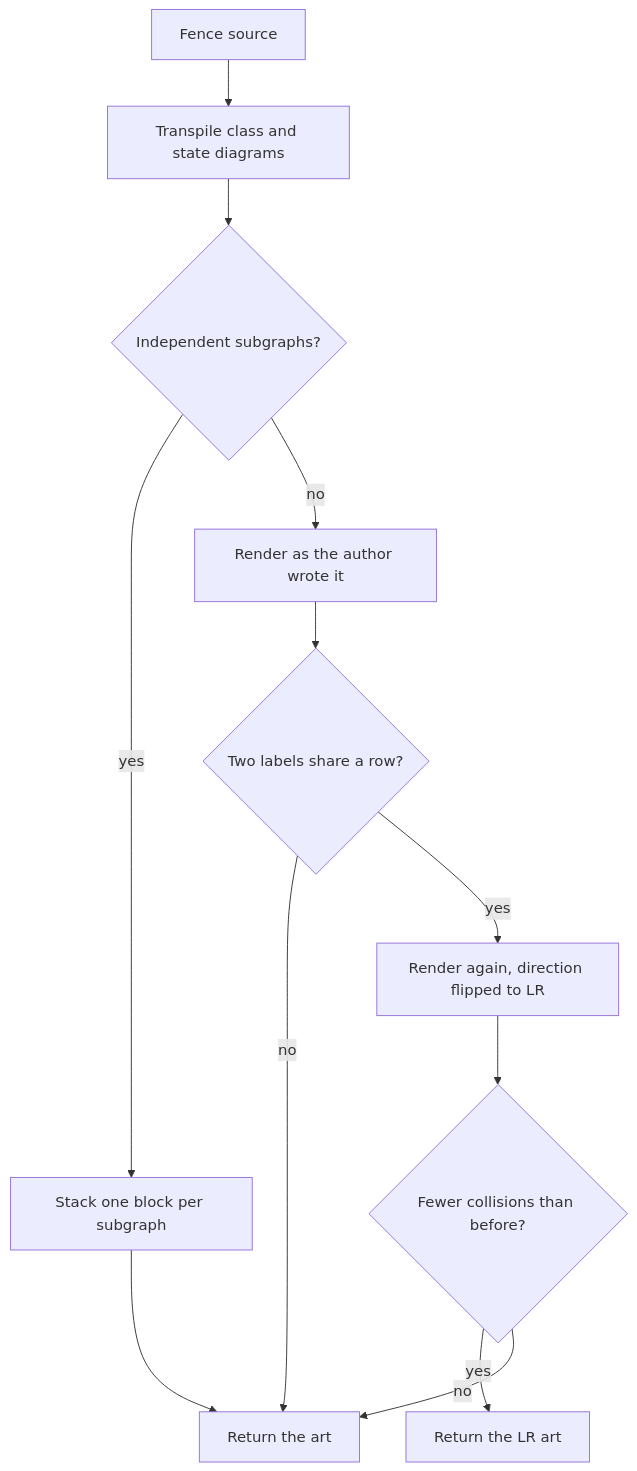
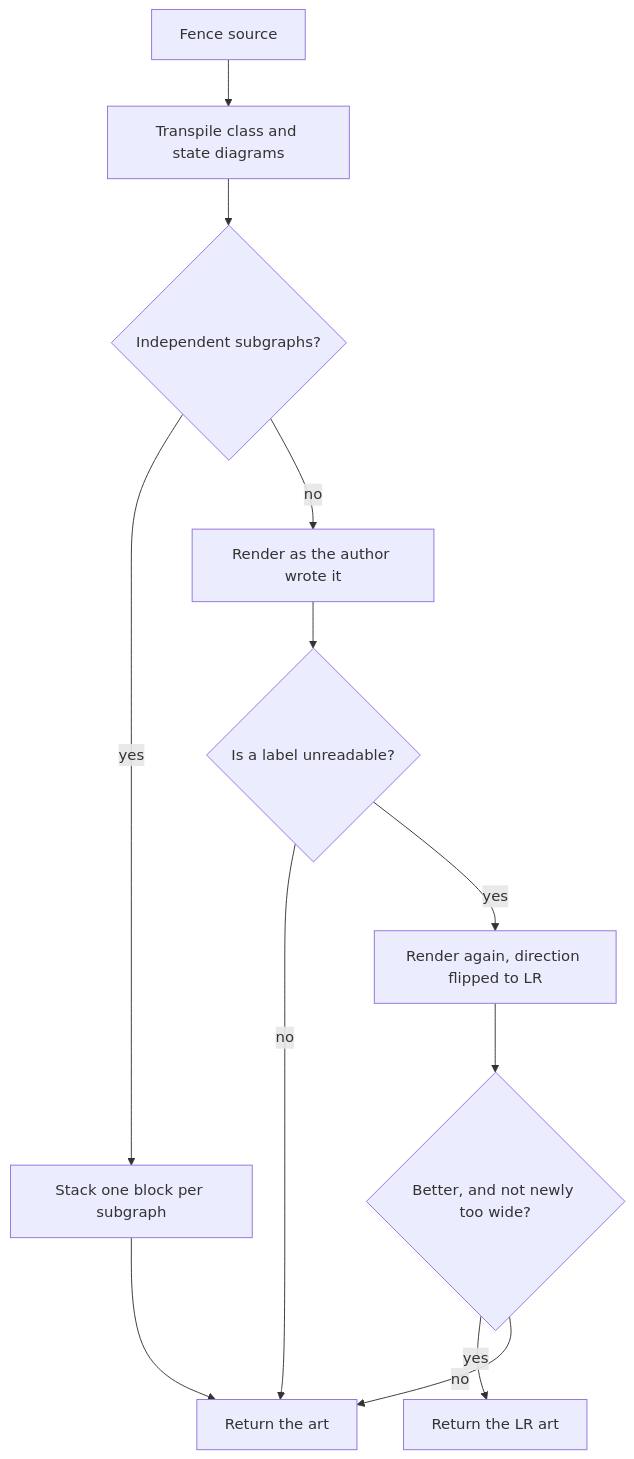
One commit to p4elkin/revdiff changed the diagram in docs/plans/20260805-mermaid-edge-label-rendering.md. Above: the diagram before and after it, drawn with Mermaid. The commit also changed other lines of this file and 7 other files, not shown here.

````diff
--- a/docs/plans/20260805-mermaid-edge-label-rendering.md
+++ b/docs/plans/20260805-mermaid-edge-label-rendering.md
@@ -179,14 +222,14 @@
 ```mermaid
 flowchart TD
     Src["Fence source"] --> Transpile["Transpile class and state diagrams"]
     Transpile --> Split{"Independent subgraphs?"}
     Split -->|"yes"| Stacked["Stack one block per subgraph"]
     Split -->|"no"| Render["Render as the author wrote it"]
-    Render --> Detect{"Two labels share a row?"}
+    Render --> Detect{"Is a label unreadable?"}
     Detect -->|"no"| Done["Return the art"]
     Detect -->|"yes"| Retry["Render again, direction flipped to LR"]
-    Retry --> Better{"Fewer collisions than before?"}
+    Retry --> Better{"Better, and not newly too wide?"}
     Better -->|"yes"| UseLR["Return the LR art"]
     Better -->|"no"| Done
     Stacked --> Done
 ```
````
